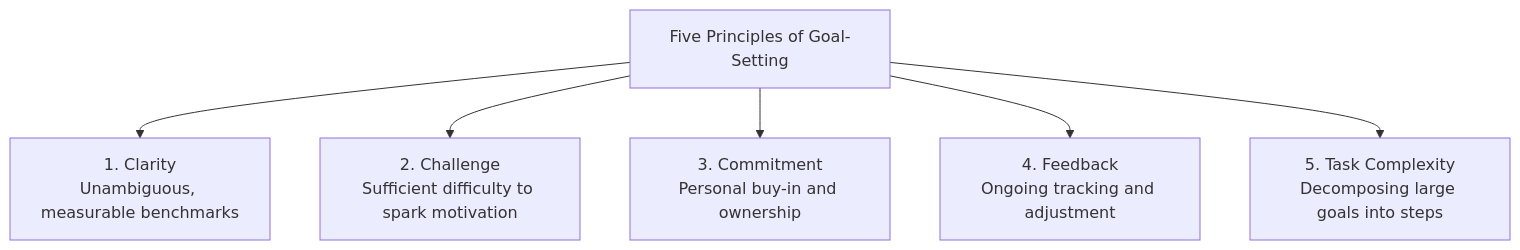
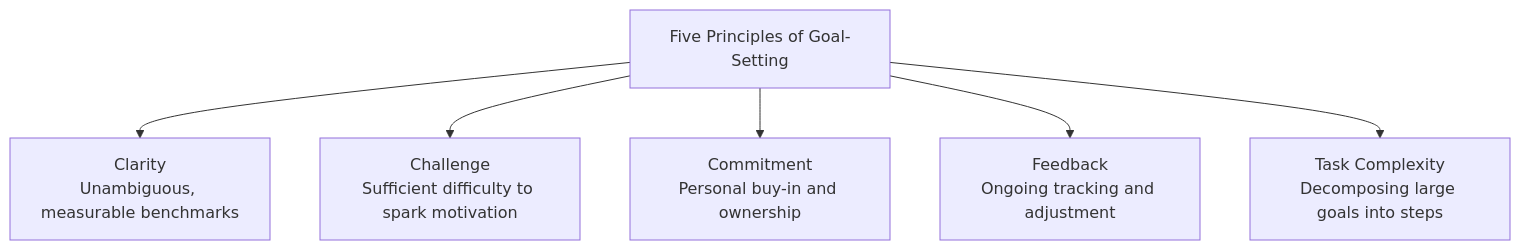
Before and after one commit to aidocmr/learn-bscs: the second of 5 diagrams in content/Year 1/Understanding the Self/12. Setting Goals for Success.md, drawn with Mermaid. The commit also changed other lines of this file and 20 other files, not shown here.

First line of the commit message:
fix: Remove markdown lists and numbered prefixes from all Mermaid diagrams

````diff
--- a/content/Year 1/Understanding the Self/12. Setting Goals for Success.md
+++ b/content/Year 1/Understanding the Self/12. Setting Goals for Success.md
@@ -26,8 +26,8 @@
 ```mermaid
 flowchart TD
-    Principles["Five Principles of Goal-Setting"] --> C1["1. Clarity<br/>Unambiguous, measurable benchmarks"]
-    Principles --> C2["2. Challenge<br/>Sufficient difficulty to spark motivation"]
-    Principles --> C3["3. Commitment<br/>Personal buy-in and ownership"]
-    Principles --> C4["4. Feedback<br/>Ongoing tracking and adjustment"]
-    Principles --> C5["5. Task Complexity<br/>Decomposing large goals into steps"]
+    Principles["Five Principles of Goal-Setting"] --> C1["Clarity<br/>Unambiguous, measurable benchmarks"]
+    Principles --> C2["Challenge<br/>Sufficient difficulty to spark motivation"]
+    Principles --> C3["Commitment<br/>Personal buy-in and ownership"]
+    Principles --> C4["Feedback<br/>Ongoing tracking and adjustment"]
+    Principles --> C5["Task Complexity<br/>Decomposing large goals into steps"]
 ```
````
